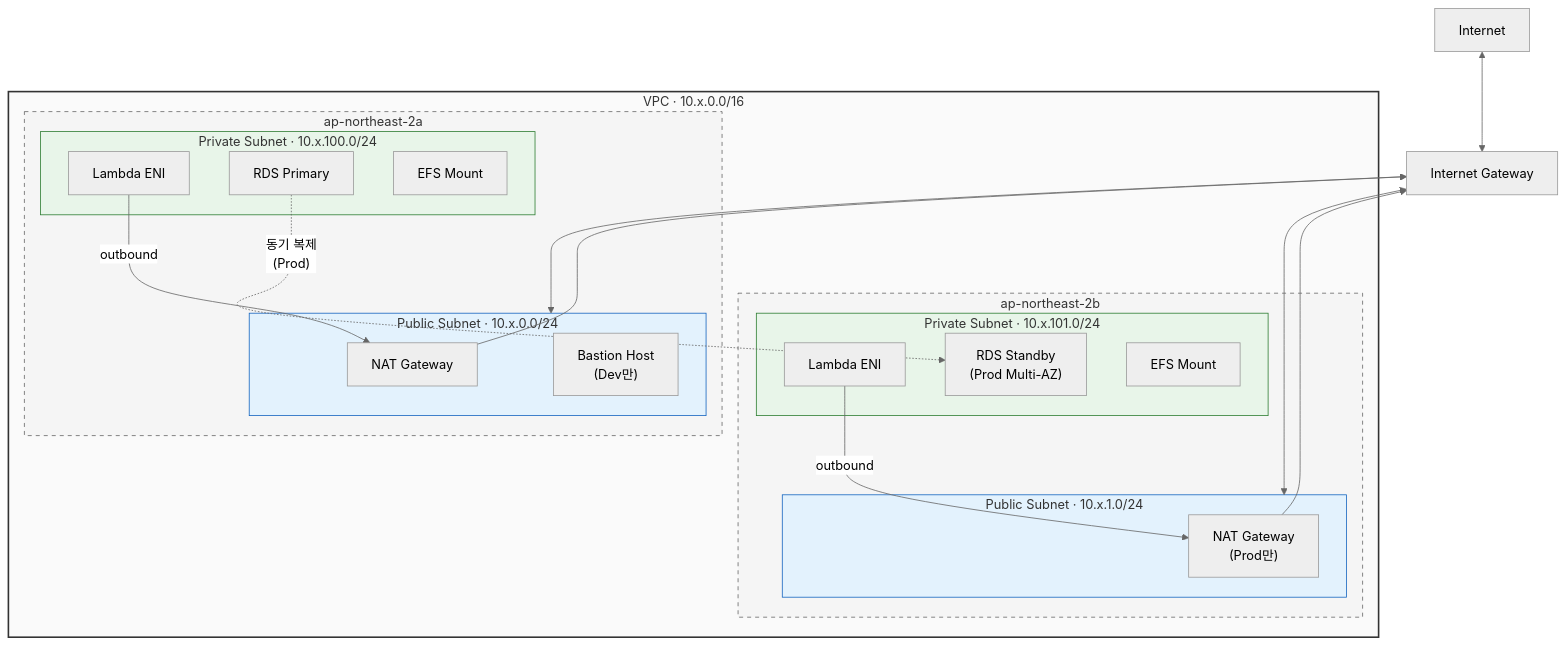
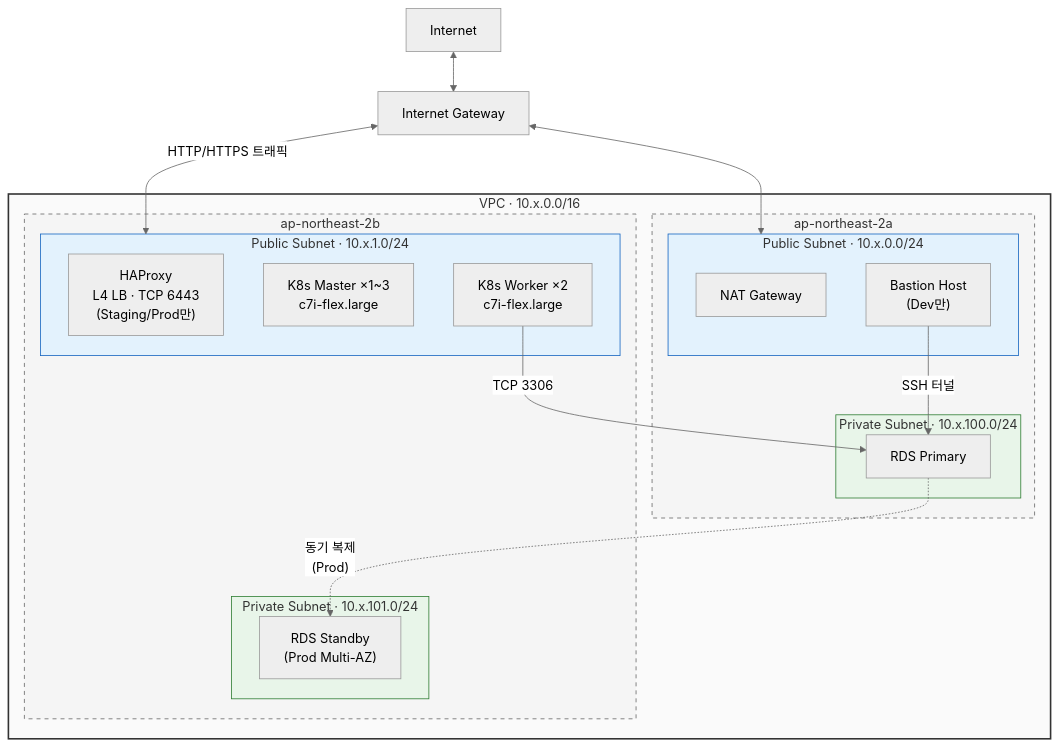
Before and after one commit to 80-hours-a-week/2-cho-community-be: the second of 18 diagrams in report.md, drawn with Mermaid (neutral theme). The commit also changed other lines of this file, not shown here.

First line of the commit message:
docs: report.md Lambda→K8s 아키텍처 전면 갱신

````diff
--- a/report.md
+++ b/report.md
@@ -219,45 +177,43 @@
 ```mermaid
 flowchart TD
     Internet["Internet"]
     IGW["Internet Gateway"]
 
     subgraph VPC["VPC · 10.x.0.0/16"]
         subgraph AZ_A["ap-northeast-2a"]
             subgraph PubA["Public Subnet · 10.x.0.0/24"]
                 NAT_A["NAT Gateway"]
                 Bastion["Bastion Host<br/>(Dev만)"]
             end
             subgraph PrivA["Private Subnet · 10.x.100.0/24"]
-                Lambda_A["Lambda ENI"]
                 RDS_Primary["RDS Primary"]
-                EFS_A["EFS Mount"]
             end
         end
 
         subgraph AZ_B["ap-northeast-2b"]
             subgraph PubB["Public Subnet · 10.x.1.0/24"]
-                NAT_B["NAT Gateway<br/>(Prod만)"]
+                HAProxy["HAProxy<br/>L4 LB · TCP 6443<br/>(Staging/Prod만)"]
+                K8sMaster["K8s Master ×1~3<br/>c7i-flex.large"]
+                K8sWorker["K8s Worker ×2<br/>c7i-flex.large"]
             end
             subgraph PrivB["Private Subnet · 10.x.101.0/24"]
-                Lambda_B["Lambda ENI"]
                 RDS_Standby["RDS Standby<br/>(Prod Multi-AZ)"]
-                EFS_B["EFS Mount"]
             end
         end
     end
 
     Internet <--> IGW
     IGW <--> PubA
-    IGW <--> PubB
-    Lambda_A -- "outbound" --> NAT_A --> IGW
-    Lambda_B -- "outbound" --> NAT_B --> IGW
+    IGW <-->|"HTTP/HTTPS 트래픽"| PubB
+    Bastion -->|"SSH 터널"| RDS_Primary
+    K8sWorker -->|"TCP 3306"| RDS_Primary
     RDS_Primary -. "동기 복제<br/>(Prod)" .-> RDS_Standby
 
     style VPC fill:#fafafa,stroke:#333,stroke-width:2px
     style AZ_A fill:#f5f5f5,stroke:#666,stroke-dasharray:5 5
     style AZ_B fill:#f5f5f5,stroke:#666,stroke-dasharray:5 5
     style PubA fill:#e3f2fd,stroke:#1565c0
     style PubB fill:#e3f2fd,stroke:#1565c0
     style PrivA fill:#e8f5e9,stroke:#2e7d32
     style PrivB fill:#e8f5e9,stroke:#2e7d32
 ```
````
